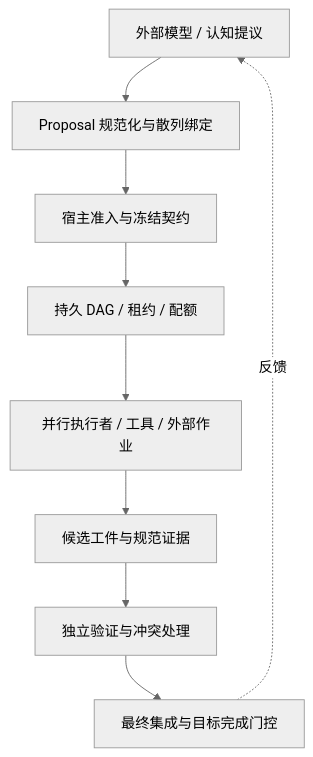
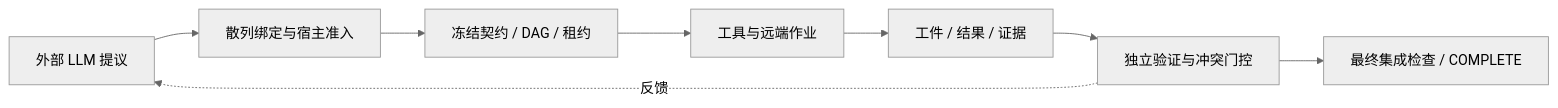
The first of 3 diagrams in patents/future-code/INVENTION_DISCLOSURE_CN.md (xuda1979/future-code), drawn with Mermaid (neutral theme) before and after one commit. The commit also changed other lines of this file, not shown here.

````diff
--- a/patents/future-code/INVENTION_DISCLOSURE_CN.md
+++ b/patents/future-code/INVENTION_DISCLOSURE_CN.md
@@ -69,11 +71,10 @@
 ```mermaid
-flowchart TB
-  LLM[外部模型 / 认知提议] --> P[Proposal 规范化与散列绑定]
-  P --> A[宿主准入与冻结契约]
-  A --> DAG[持久 DAG / 租约 / 配额]
-  DAG --> W[并行执行者 / 工具 / 外部作业]
-  W --> EV[候选工件与规范证据]
-  EV --> V[独立验证与冲突处理]
-  V --> G[最终集成与目标完成门控]
-  G -.反馈.-> LLM
+flowchart LR
+  M[外部 LLM 提议] --> P[散列绑定与宿主准入]
+  P --> D[冻结契约 / DAG / 租约]
+  D --> T[工具与远端作业]
+  T --> E[工件 / 结果 / 证据]
+  E --> G[独立验证与冲突门控]
+  G --> I[最终集成检查 / COMPLETE]
+  G -.反馈.-> M
 ```
````
